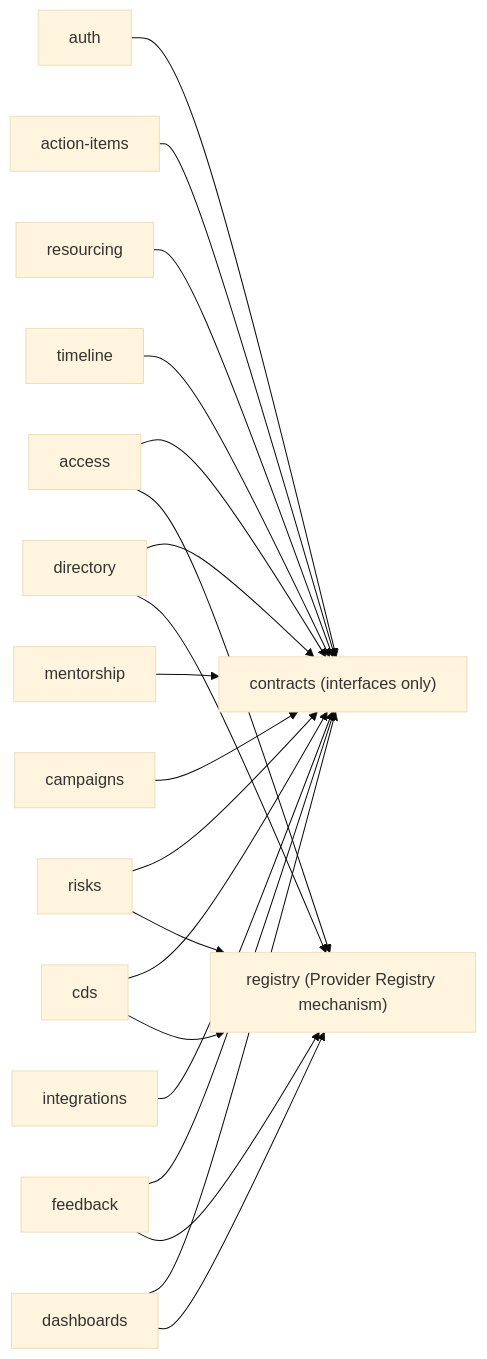
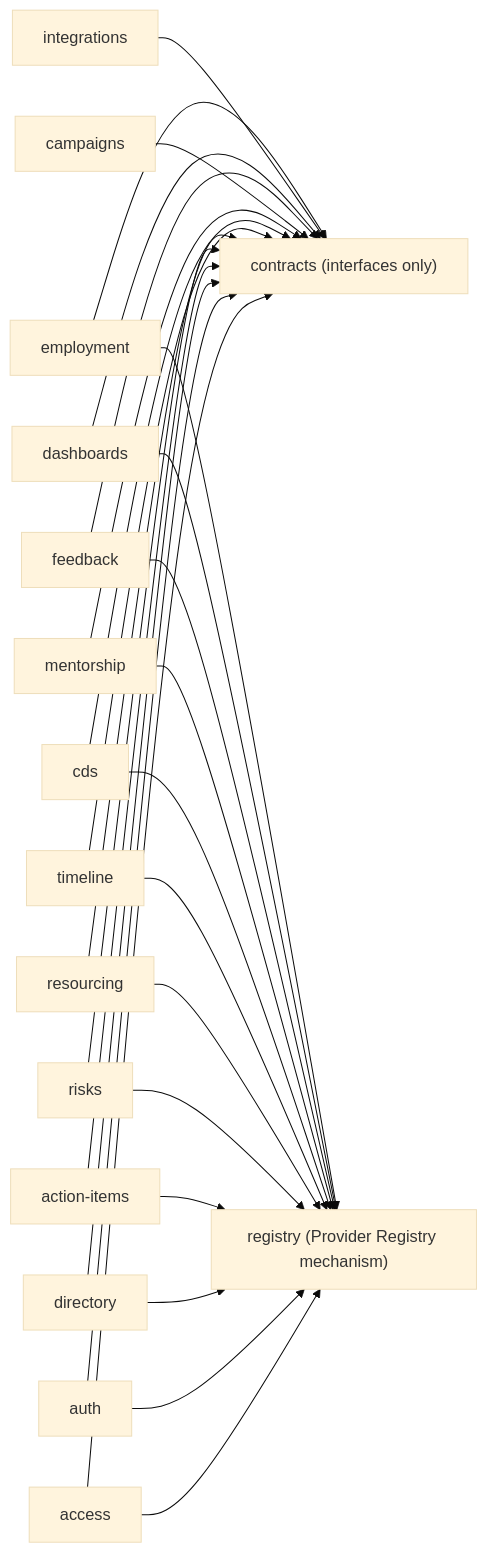
Before and after one commit to Yurii-Lysak/Unsloppers-WS: the first of 6 diagrams in _bmad-output/planning-artifacts/architecture/architecture-people-management-2026-08-21/ARCHITECTURE-SPINE.md, drawn with Mermaid (base theme). The commit also changed other lines of this file and 18 other files, not shown here.

````diff
--- a/_bmad-output/planning-artifacts/architecture/architecture-people-management-2026-08-21/ARCHITECTURE-SPINE.md
+++ b/_bmad-output/planning-artifacts/architecture/architecture-people-management-2026-08-21/ARCHITECTURE-SPINE.md
@@ -39,38 +41,46 @@
 ```mermaid
 graph LR
   contracts["contracts (interfaces only)"]
   registry["registry (Provider Registry mechanism)"]
   access[access]
   auth[auth]
   directory[directory]
   actionitems[action-items]
   risks[risks]
   resourcing[resourcing]
   timeline[timeline]
   cds[cds]
   mentorship[mentorship]
   campaigns[campaigns]
   feedback[feedback]
   dashboards[dashboards]
   integrations[integrations]
+  employment[employment]
 
   access --> contracts
   access --> registry
   auth --> contracts
+  auth --> registry
   directory --> contracts
   directory --> registry
   actionitems --> contracts
+  actionitems --> registry
   risks --> contracts
   risks --> registry
   resourcing --> contracts
+  resourcing --> registry
   timeline --> contracts
+  timeline --> registry
   cds --> contracts
   cds --> registry
   mentorship --> contracts
+  mentorship --> registry
   campaigns --> contracts
   feedback --> contracts
   feedback --> registry
   dashboards --> contracts
   dashboards --> registry
   integrations --> contracts
+  employment --> contracts
+  employment --> registry
 ```
````
